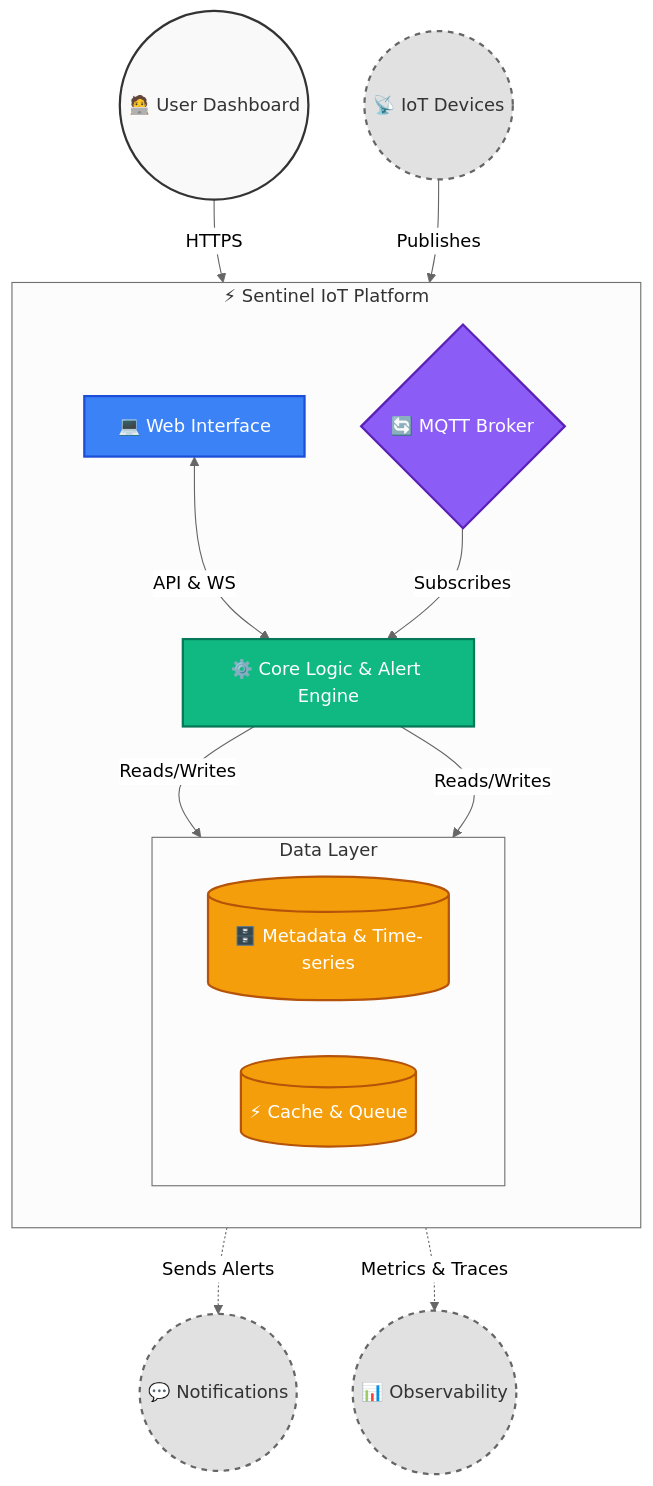
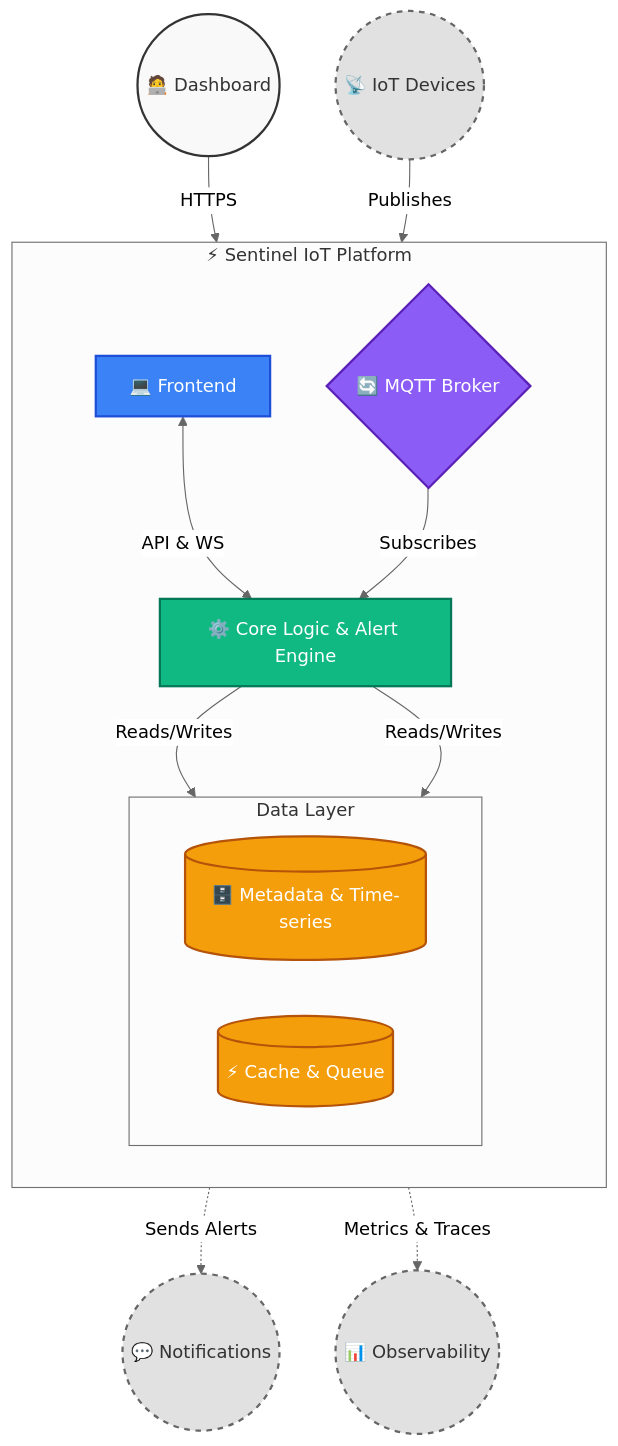
The first of 4 diagrams in README.md (thitipongroo/sentinel-iot-platform), drawn with Mermaid (neutral theme) before and after one commit. The commit also changed other lines of this file, not shown here.

Commit message:
update: readme

````diff
--- a/README.md
+++ b/README.md
@@ -18,43 +18,43 @@
 ```mermaid
 flowchart TB
     %% Custom Styles
     classDef user fill:#f9f9f9,stroke:#333,stroke-width:2px,color:#333
     classDef external fill:#e1e1e1,stroke:#666,stroke-width:2px,stroke-dasharray: 5 5,color:#333
     classDef frontend fill:#3b82f6,stroke:#1d4ed8,stroke-width:2px,color:#fff
     classDef backend fill:#10b981,stroke:#047857,stroke-width:2px,color:#fff
     classDef db fill:#f59e0b,stroke:#b45309,stroke-width:2px,color:#fff
     classDef broker fill:#8b5cf6,stroke:#5b21b6,stroke-width:2px,color:#fff
 
-    User(("🧑‍💻 User Dashboard")):::user
+    User(("🧑‍💻 Dashboard")):::user
     Devices(("📡 IoT Devices")):::external
 
     subgraph Platform ["⚡ Sentinel IoT Platform"]
         direction TB
         
-        UI["💻 Web Interface"]:::frontend
+        UI["💻 Frontend"]:::frontend
         Broker{"🔄 MQTT Broker"}:::broker
         API["⚙️ Core Logic & Alert Engine"]:::backend
         
         subgraph DataLayer ["Data Layer"]
             direction LR
             DB[("🗄️ Metadata & Time-series")]:::db
             Redis[("⚡ Cache & Queue")]:::db
         end
     end
 
     Notify(("💬 Notifications")):::external
     Observe(("📊 Observability")):::external
 
     %% Relationships
-    User -- "HTTPS" --> UI
-    Devices -- "Publishes" --> Broker
+    User -- " HTTPS " --> UI
+    Devices -- " Publishes " --> Broker
     
     UI <--"API & WS"--> API
     Broker --"Subscribes"--> API
     
     API --"Reads/Writes"--> DB
     API --"Reads/Writes"--> Redis
     
     API -."Sends Alerts".-> Notify
     API -."Metrics & Traces".-> Observe
 ```
````
